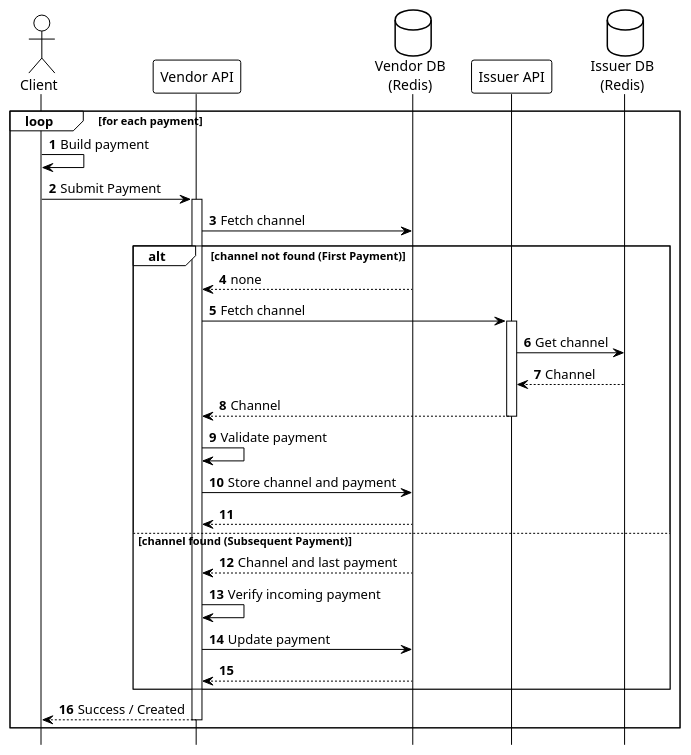
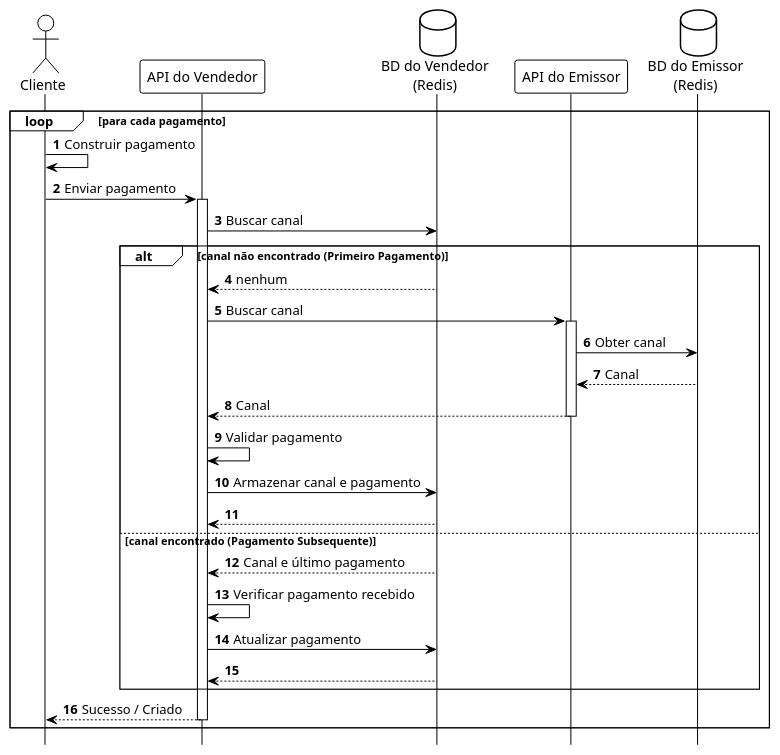
The diagram in umls/phase2-payments.puml (otaviootavio/nanomoni), drawn with PlantUML before and after one commit. The commit also changed 161 other files, not shown here.

```diff
--- a/umls/phase2-payments.puml
+++ b/umls/phase2-payments.puml
@@ -1,49 +1,49 @@
 @startuml Phase2_Payments
 
 !theme plain
 autonumber
 
 hide footbox
 
-actor "Client" as Client
-participant "Vendor API" as Vendor
-database "Vendor DB\n(Redis)" as VendorDB
-participant "Issuer API" as Issuer
-database "Issuer DB\n(Redis)" as IssuerDB
+actor "Cliente" as Client
+participant "API do Vendedor" as Vendor
+database "BD do Vendedor\n(Redis)" as VendorDB
+participant "API do Emissor" as Issuer
+database "BD do Emissor\n(Redis)" as IssuerDB
 
-loop for each payment
-    Client -> Client: Build payment
+loop para cada pagamento
+    Client -> Client: Construir pagamento
 
-    Client -> Vendor: Submit Payment
+    Client -> Vendor: Enviar pagamento
     activate Vendor
 
-    Vendor -> VendorDB: Fetch channel
+    Vendor -> VendorDB: Buscar canal
     
-    alt channel not found (First Payment)
-        VendorDB --> Vendor: none
+    alt canal não encontrado (Primeiro Pagamento)
+        VendorDB --> Vendor: nenhum
 
-        Vendor -> Issuer: Fetch channel
+        Vendor -> Issuer: Buscar canal
         activate Issuer
-        Issuer -> IssuerDB: Get channel
-        IssuerDB --> Issuer: Channel
-        Issuer --> Vendor: Channel
+        Issuer -> IssuerDB: Obter canal
+        IssuerDB --> Issuer: Canal
+        Issuer --> Vendor: Canal
         deactivate Issuer
 
-        Vendor -> Vendor: Validate payment
+        Vendor -> Vendor: Validar pagamento
 
-        Vendor -> VendorDB: Store channel and payment
+        Vendor -> VendorDB: Armazenar canal e pagamento
         VendorDB --> Vendor: 
-    else channel found (Subsequent Payment)
-        VendorDB --> Vendor: Channel and last payment
+    else canal encontrado (Pagamento Subsequente)
+        VendorDB --> Vendor: Canal e último pagamento
         
-        Vendor -> Vendor: Verify incoming payment
+        Vendor -> Vendor: Verificar pagamento recebido
         
-        Vendor -> VendorDB: Update payment
+        Vendor -> VendorDB: Atualizar pagamento
         VendorDB --> Vendor: 
     end
 
-    Vendor --> Client: Success / Created
+    Vendor --> Client: Sucesso / Criado
     deactivate Vendor
 end
 
 @enduml
```
